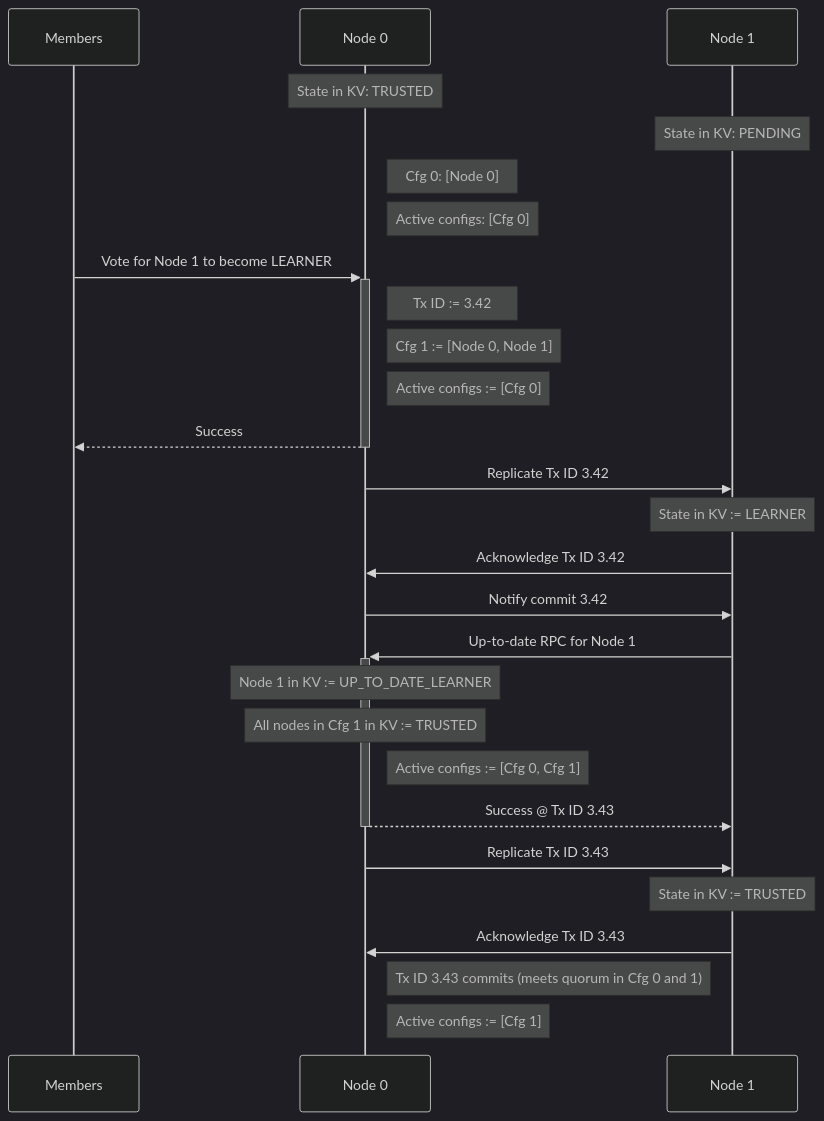
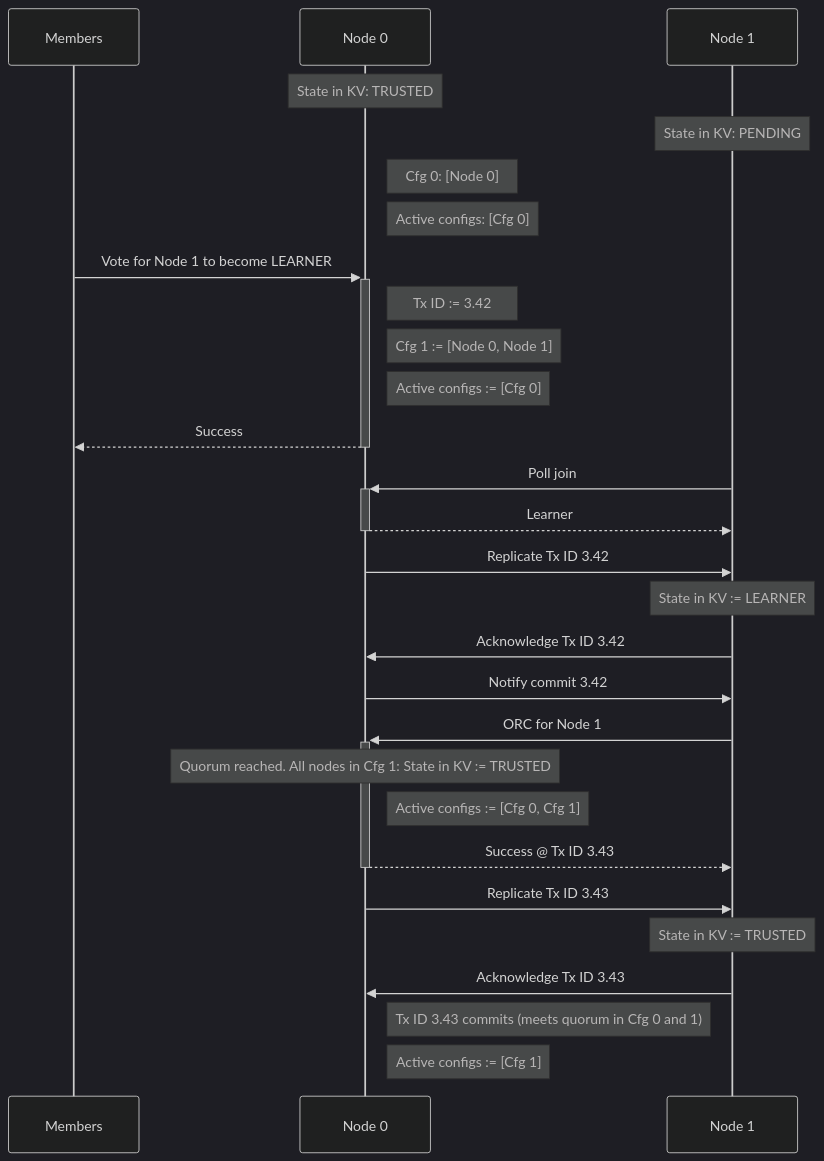
Before and after one commit to microsoft/CCF: the third of 8 diagrams in doc/overview/consensus.rst, drawn with Mermaid (dark theme). The commit also changed other lines of this file, not shown here.

```diff
--- a/doc/overview/consensus.rst
+++ b/doc/overview/consensus.rst
@@ -143,40 +144,40 @@
 .. mermaid::
 
     sequenceDiagram
         participant Members
         participant Node 0
         participant Node 1
 
         Note over Node 0: State in KV: TRUSTED
         Note over Node 1: State in KV: PENDING
 
         Note right of Node 0: Cfg 0: [Node 0]
         Note right of Node 0: Active configs: [Cfg 0]
 
         Members->>+Node 0: Vote for Node 1 to become LEARNER
 
         Note right of Node 0: Tx ID := 3.42
         Note right of Node 0: Cfg 1 := [Node 0, Node 1]
         Note right of Node 0: Active configs := [Cfg 0]
         Node 0-->>-Members: Success
 
+        Node 1->>+Node 0: Poll join
+        Node 0-->>-Node 1: Learner
 
         Node 0->>Node 1: Replicate Tx ID 3.42
         Note over Node 1: State in KV := LEARNER
         Node 1->>Node 0: Acknowledge Tx ID 3.42
 
         Node 0->>Node 1: Notify commit 3.42
-        
-        Node 1->>+Node 0: Up-to-date RPC for Node 1
-        Note over Node 0: Node 1 in KV := UP_TO_DATE_LEARNER
-        Note over Node 0: All nodes in Cfg 1 in KV := TRUSTED
+
+        Node 1->>+Node 0: ORC for Node 1
+        Note over Node 0: Quorum reached. All nodes in Cfg 1: State in KV := TRUSTED
         Note right of Node 0: Active configs := [Cfg 0, Cfg 1]
         Node 0-->>-Node 1: Success @ Tx ID 3.43
 
         Node 0->>Node 1: Replicate Tx ID 3.43
         Note over Node 1: State in KV := TRUSTED
         Node 1->>Node 0: Acknowledge Tx ID 3.43
 
-
         Note right of Node 0: Tx ID 3.43 commits (meets quorum in Cfg 0 and 1)
         Note right of Node 0: Active configs := [Cfg 1]
```
